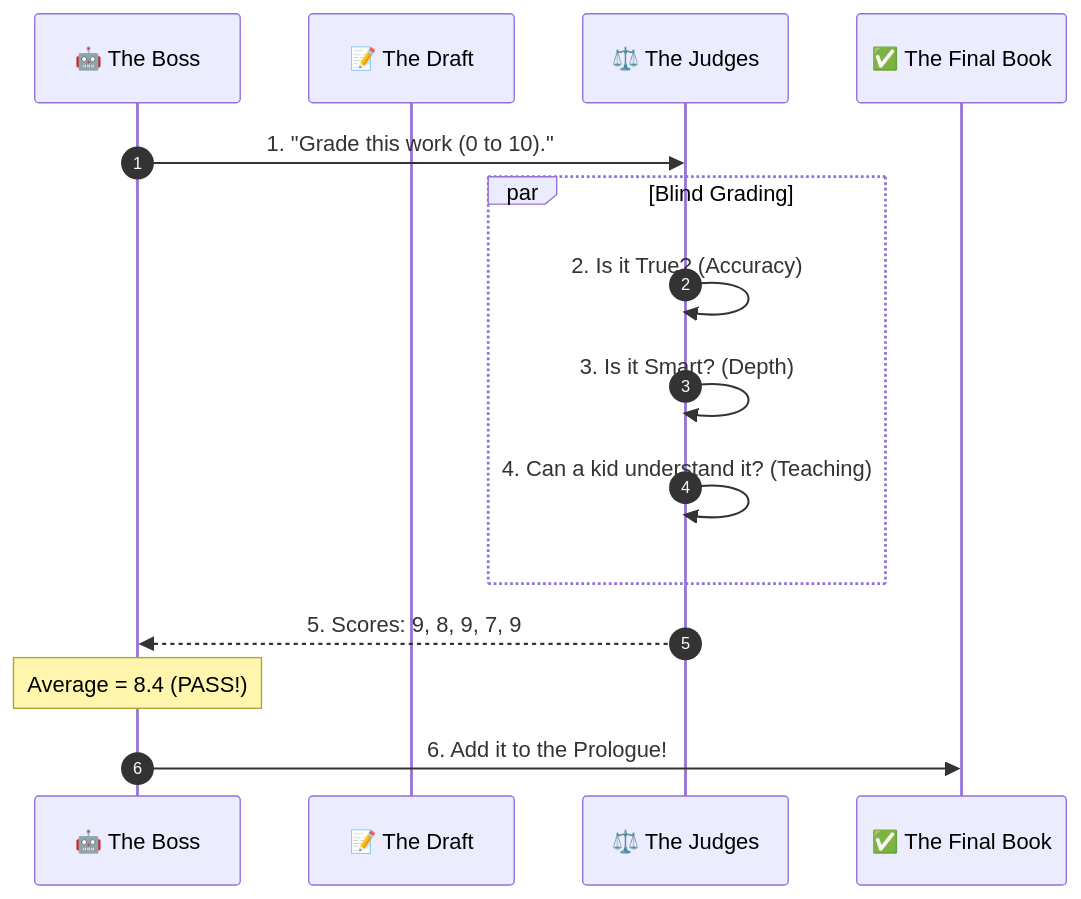
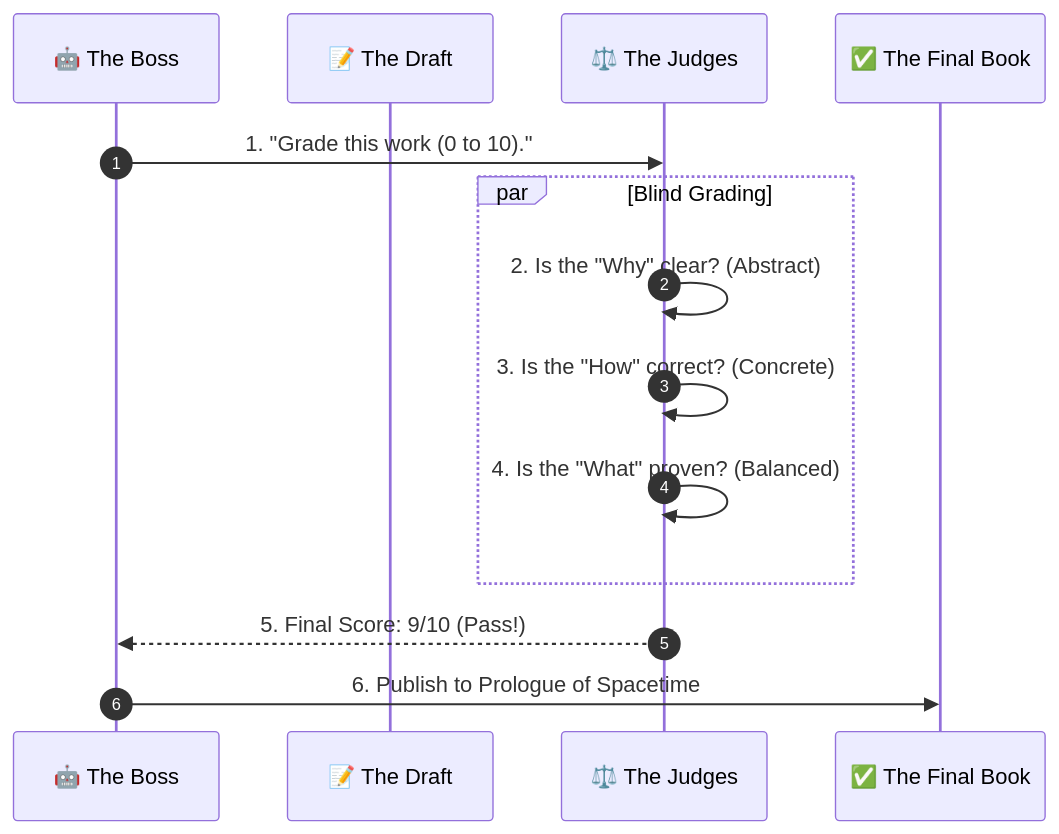
One commit to xlp0/PrologueOfSpacetime changed the third of 3 diagrams in docs/workflows/README.md. Above: the diagram before and after it, drawn with Mermaid. The commit also changed other lines of this file, not shown here.

````diff
--- a/docs/workflows/README.md
+++ b/docs/workflows/README.md
@@ -82,22 +106,20 @@
 ```mermaid
 sequenceDiagram
     autonumber
     participant Boss as 🤖 The Boss
     participant Draft as 📝 The Draft
     participant Judges as ⚖️ The Judges
     participant Book as ✅ The Final Book
 
     Boss->>Judges: 1. "Grade this work (0 to 10)."
     
     par Blind Grading
-        Judges->>Judges: 2. Is it True? (Accuracy)
-        Judges->>Judges: 3. Is it Smart? (Depth)
-        Judges->>Judges: 4. Can a kid understand it? (Teaching)
+        Judges->>Judges: 2. Is the "Why" clear? (Abstract)
+        Judges->>Judges: 3. Is the "How" correct? (Concrete)
+        Judges->>Judges: 4. Is the "What" proven? (Balanced)
     end
     
-    Judges-->>Boss: 5. Scores: 9, 8, 9, 7, 9
+    Judges-->>Boss: 5. Final Score: 9/10 (Pass!)
     
-    Note over Boss: Average = 8.4 (PASS!)
-    
-    Boss->>Book: 6. Add it to the Prologue!
+    Boss->>Book: 6. Publish to Prologue of Spacetime
 ```
````
